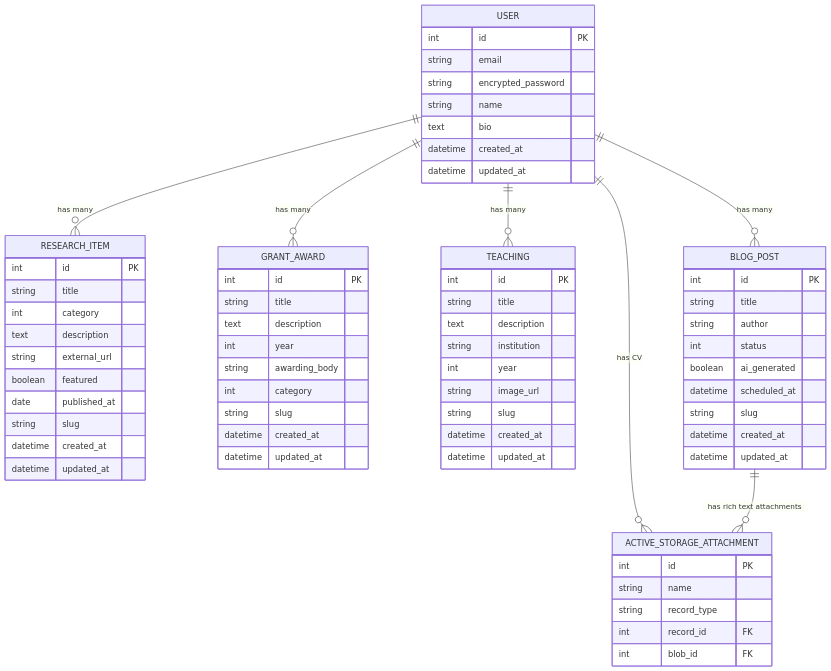
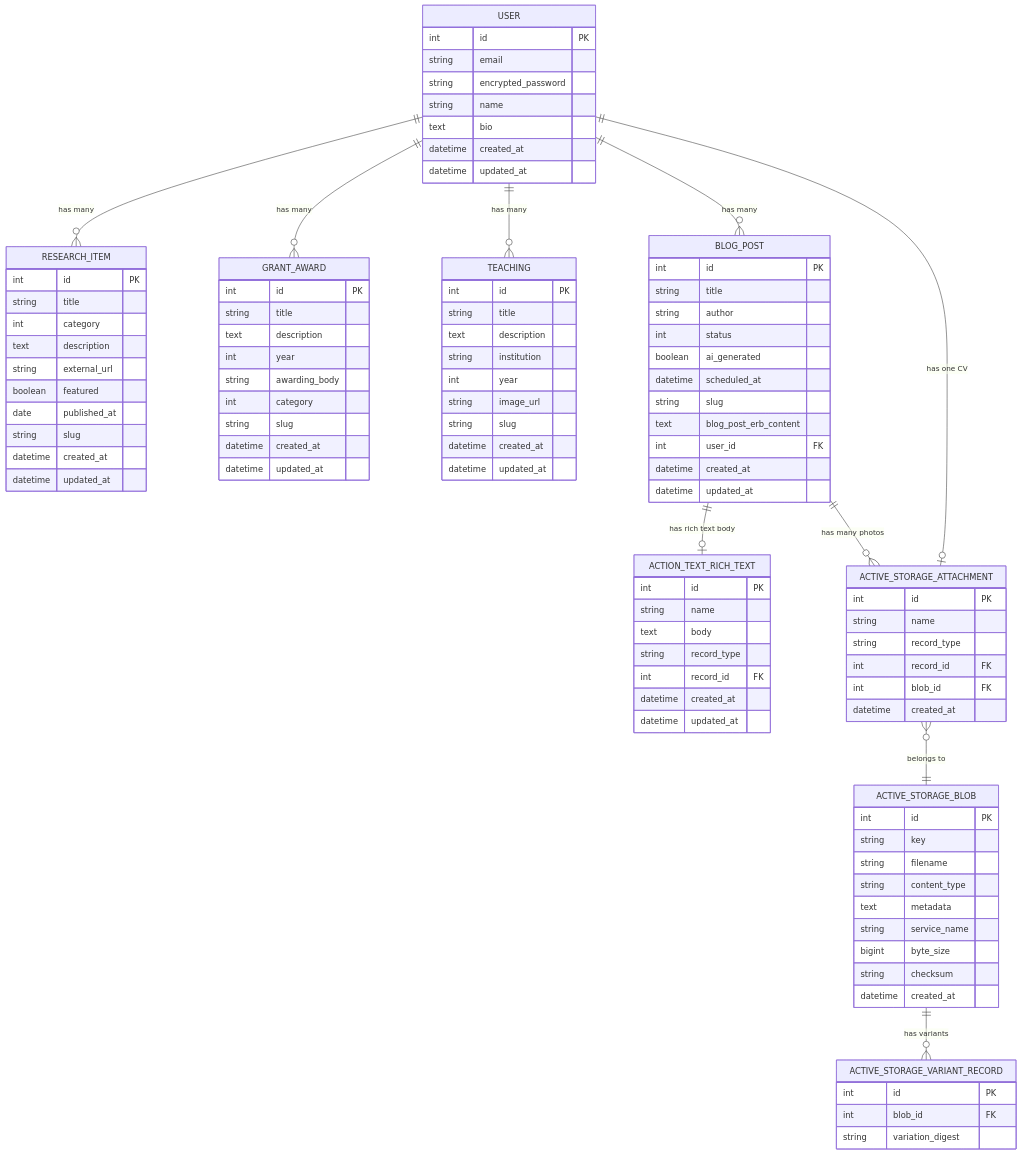
One commit to louiskb/isarak-portfolio changed the diagram in docs/ERD.md. Above: the diagram before and after it, drawn with Mermaid. The commit also changed other lines of this file and 7 other files, not shown here.

Commit message:
feat: add action text and active storage + cloudinary.

````diff
--- a/docs/ERD.md
+++ b/docs/ERD.md
@@ -57,6 +57,18 @@
         boolean ai_generated
         datetime scheduled_at
         string slug
+        text blog_post_erb_content
+        int user_id FK
+        datetime created_at
+        datetime updated_at
+    }
+
+    ACTION_TEXT_RICH_TEXT {
+        int id PK
+        string name
+        text body
+        string record_type
+        int record_id FK
         datetime created_at
         datetime updated_at
     }
@@ -67,12 +79,34 @@
         string record_type
         int record_id FK
         int blob_id FK
+        datetime created_at
+    }
+
+    ACTIVE_STORAGE_BLOB {
+        int id PK
+        string key
+        string filename
+        string content_type
+        text metadata
+        string service_name
+        bigint byte_size
+        string checksum
+        datetime created_at
+    }
+
+    ACTIVE_STORAGE_VARIANT_RECORD {
+        int id PK
+        int blob_id FK
+        string variation_digest
     }
 
     USER ||--o{ RESEARCH_ITEM : "has many"
     USER ||--o{ GRANT_AWARD : "has many"
     USER ||--o{ TEACHING : "has many"
     USER ||--o{ BLOG_POST : "has many"
-    USER ||--o{ ACTIVE_STORAGE_ATTACHMENT : "has CV"
-    BLOG_POST ||--o{ ACTIVE_STORAGE_ATTACHMENT : "has rich text attachments"
+    USER ||--o| ACTIVE_STORAGE_ATTACHMENT : "has one CV"
+    BLOG_POST ||--o| ACTION_TEXT_RICH_TEXT : "has rich text body"
+    BLOG_POST ||--o{ ACTIVE_STORAGE_ATTACHMENT : "has many photos"
+    ACTIVE_STORAGE_ATTACHMENT }o--|| ACTIVE_STORAGE_BLOB : "belongs to"
+    ACTIVE_STORAGE_BLOB ||--o{ ACTIVE_STORAGE_VARIANT_RECORD : "has variants"
 ```
````
